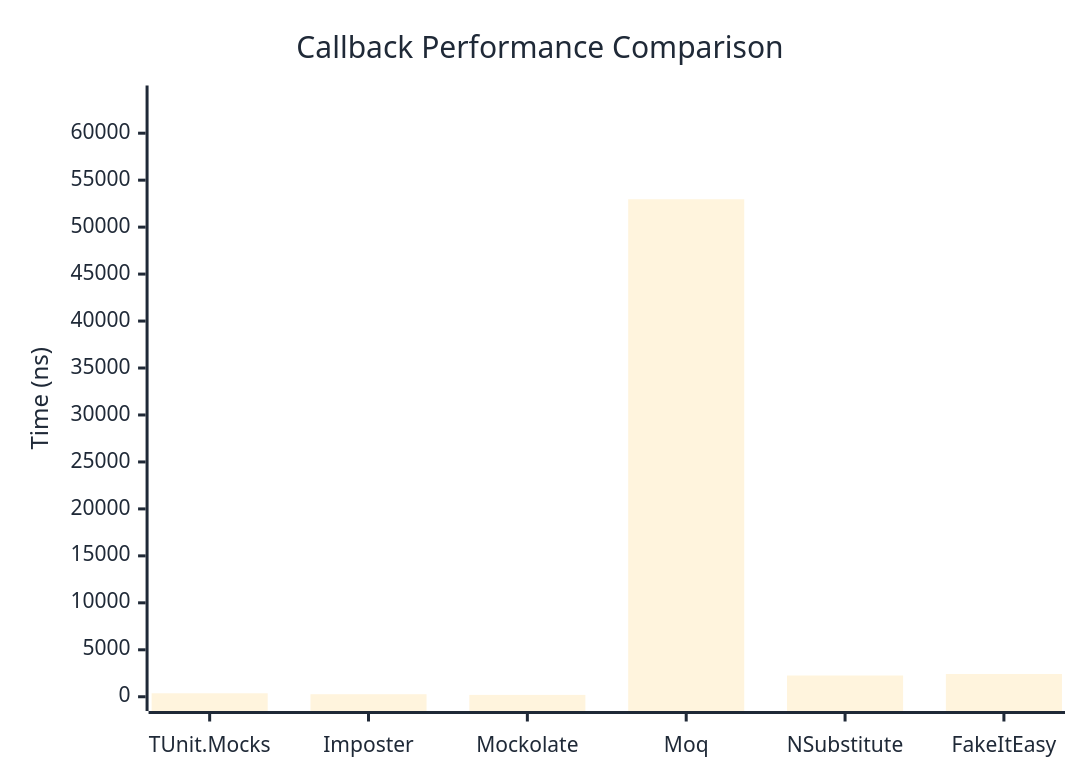
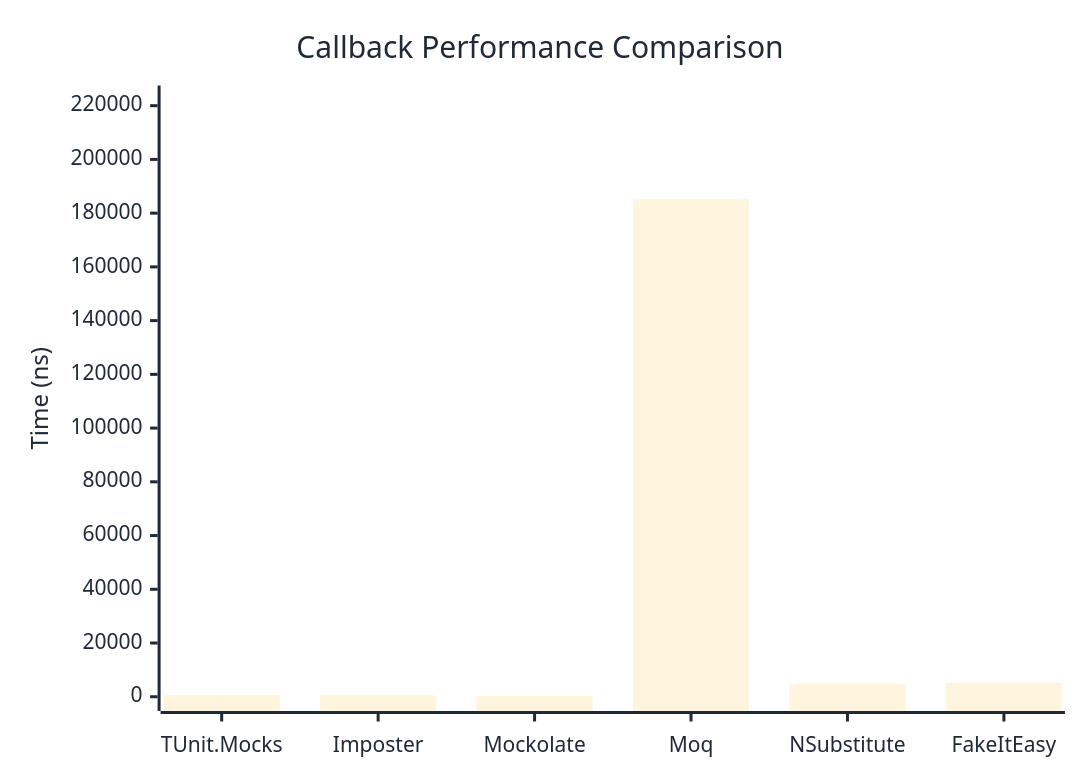
One commit to thomhurst/TUnit changed the first of 2 diagrams in docs/docs/benchmarks/mocks/Callback.md. Above: the diagram before and after it, drawn with Mermaid. The commit also changed other lines of this file and 14 other files, not shown here.

````diff
--- a/docs/docs/benchmarks/mocks/Callback.md
+++ b/docs/docs/benchmarks/mocks/Callback.md
@@ -30,27 +30,27 @@
 ```mermaid
 %%{init: {
   'theme':'base',
   'themeVariables': {
     'primaryColor': '#2563eb',
     'primaryTextColor': '#1f2937',
     'primaryBorderColor': '#1e40af',
     'lineColor': '#6b7280',
     'secondaryColor': '#7c3aed',
     'tertiaryColor': '#dc2626',
     'background': '#ffffff',
     'pie1': '#2563eb',
     'pie2': '#7c3aed',
     'pie3': '#dc2626',
     'pie4': '#f59e0b',
     'pie5': '#10b981',
     'pie6': '#06b6d4',
     'pie7': '#ec4899',
     'pie8': '#6366f1'
   }
 }}%%
 xychart-beta
   title "Callback Performance Comparison"
   x-axis ["TUnit.Mocks", "Imposter", "Mockolate", "Moq", "NSubstitute", "FakeItEasy"]
-  y-axis "Time (ns)" 0 --> 63562
-  bar [369.7, 268.4, 197.1, 52968, 2261.8, 2424.4]
+  y-axis "Time (ns)" 0 --> 222210
+  bar [640.6, 458.7, 339.2, 185174.8, 4869.3, 5214.4]
 ```
````
